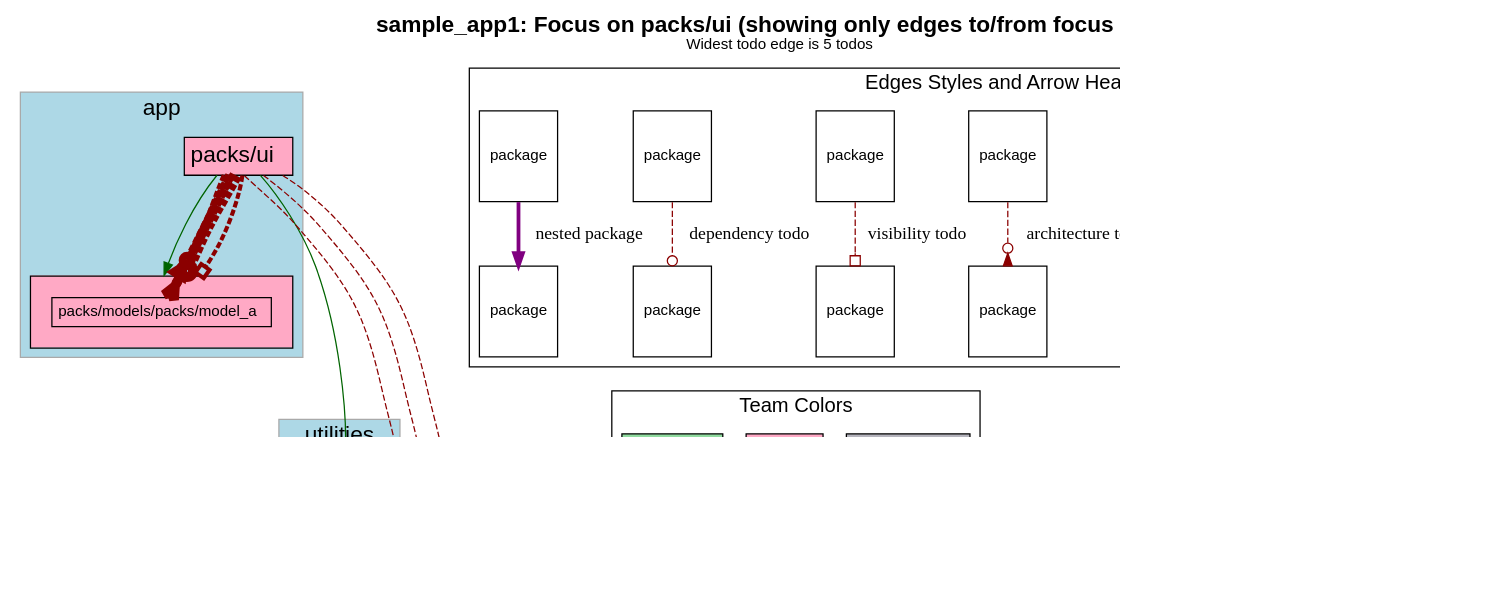
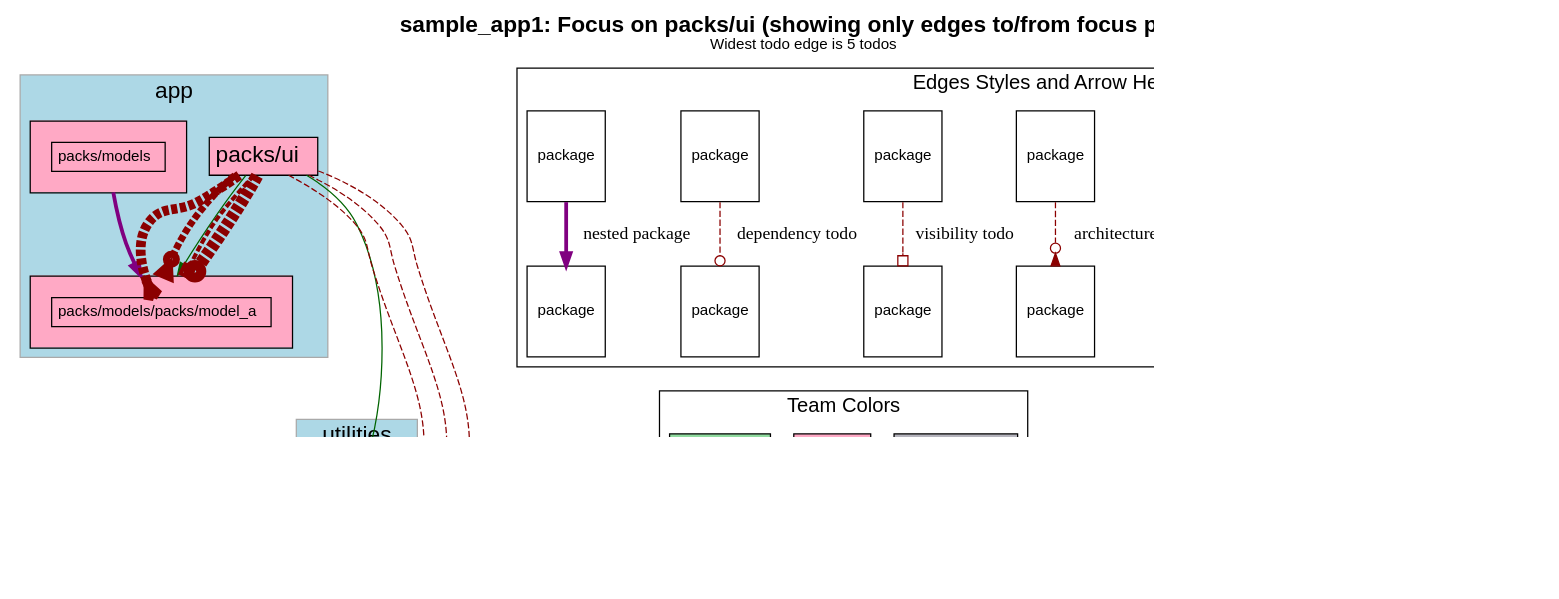
Before and after one commit to rubyatscale/visualize_packs: the diagram in spec/sample_app1/test_output/focussed_on_packs_ui_focus_edges.dot, drawn with Graphviz. The commit also changed 13 other files, not shown here.

```diff
--- a/spec/sample_app1/test_output/focussed_on_packs_ui_focus_edges.dot
+++ b/spec/sample_app1/test_output/focussed_on_packs_ui_focus_edges.dot
@@ -25,7 +25,22 @@
       style=filled
         label="app"
         cluster=true
-        rank = 0        "packs/models/packs/model_a" [
+        rank = 0        "packs/models" [
+            fontsize=12.0
+              URL="https://github.com/rubyatscale/visualize_packwerk/tree/main/spec/sample_app/packs/models"
+
+              style=filled
+              fillcolor="#FFA9C5"
+            label= <
+                <table border='0' cellborder='1' cellspacing='0' cellpadding='16'><tr><td>
+                  <table border='0' cellborder='1' cellspacing='0' cellpadding='4'>
+                    <tr> <td port='private'> packs/models </td> </tr>
+                  </table>
+                </td></tr></table>
+              >
+          ]
+        
+        "packs/models/packs/model_a" [
             fontsize=12.0
               URL="https://github.com/rubyatscale/visualize_packwerk/tree/main/spec/sample_app/packs/models/packs/model_a"
 
@@ -75,6 +90,7 @@
           ]
         
     }
+              "packs/models" -> "packs/utility" [ style=invis ]
               "packs/models/packs/model_a" -> "packs/utility" [ style=invis ]
               "packs/ui" -> "packs/utility" [ style=invis ]
     subgraph NotInLayer {
@@ -135,6 +151,7 @@
               # headlabel="visibility"
                 arrowhead=obox
               penwidth=3.25            ]
+        "packs/models" -> "packs/models/packs/model_a" [ color=purple penwidth=3 ]
     subgraph cluster_legend {
       fontsize=16
       label="Edges Styles and Arrow Heads"
```
